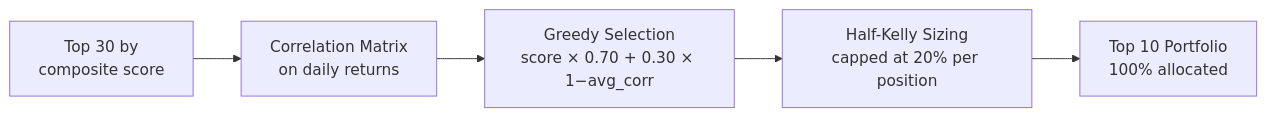
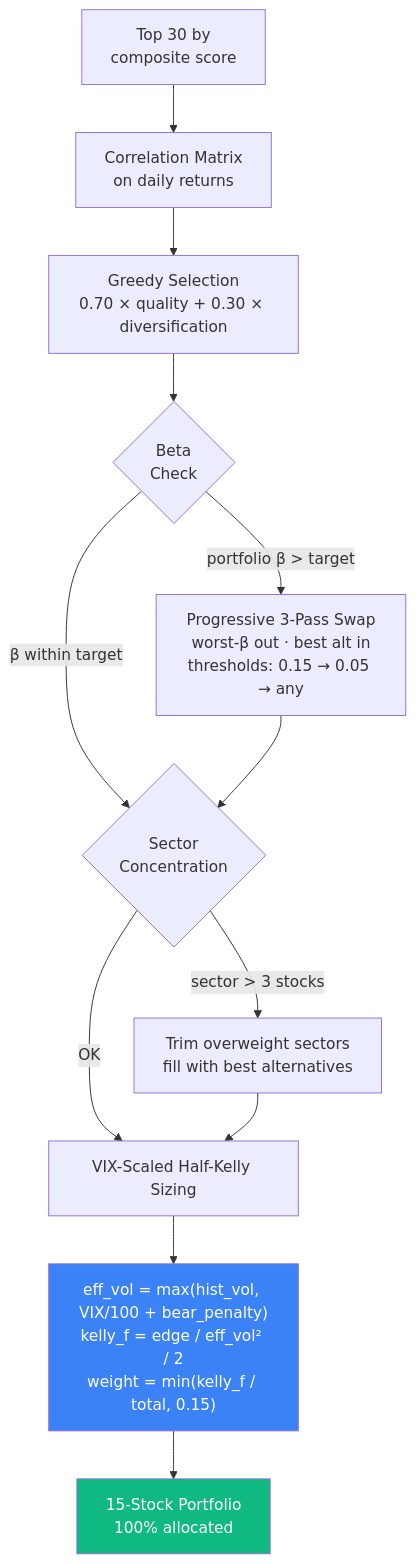
Before and after one commit to Justme-Cliff/Investing-ML: the fifth of 7 diagrams in README.md, drawn with Mermaid. The commit also changed other lines of this file and 13 other files, not shown here.

````diff
--- a/README.md
+++ b/README.md
@@ -295,7 +409,17 @@
 ```mermaid
-flowchart LR
+flowchart TD
     A[Top 30 by\ncomposite score] --> B[Correlation Matrix\non daily returns]
-    B --> C[Greedy Selection\nscore × 0.70 + 0.30 × 1−avg_corr]
-    C --> D[Half-Kelly Sizing\ncapped at 20% per position]
-    D --> E[Top 10 Portfolio\n100% allocated]
+    B --> C[Greedy Selection\n0.70 × quality + 0.30 × diversification]
+    C --> D{Beta\nCheck}
+    D -->|portfolio β > target| E[Progressive 3-Pass Swap\nworst-β out · best alt in\nthresholds: 0.15 → 0.05 → any]
+    D -->|β within target| F
+    E --> F{Sector\nConcentration}
+    F -->|sector > 3 stocks| G[Trim overweight sectors\nfill with best alternatives]
+    F -->|OK| H
+    G --> H[VIX-Scaled Half-Kelly Sizing]
+    H --> I["eff_vol = max(hist_vol, VIX/100 + bear_penalty)\nkelly_f = edge / eff_vol² / 2\nweight = min(kelly_f / total, 0.15)"]
+    I --> J[15-Stock Portfolio\n100% allocated]
+
+    style J fill:#10B981,color:#fff
+    style I fill:#3B82F6,color:#fff
 ```
````
